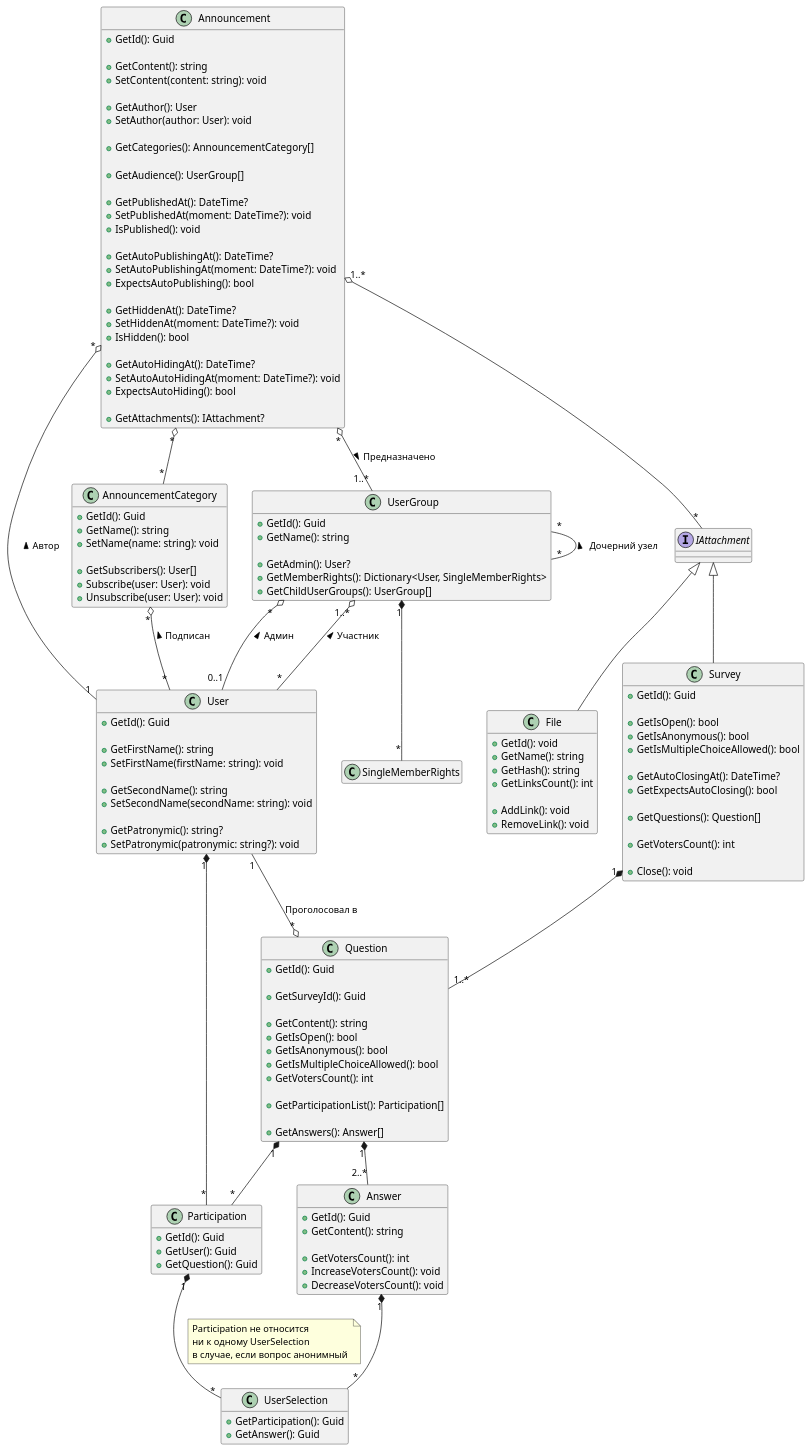
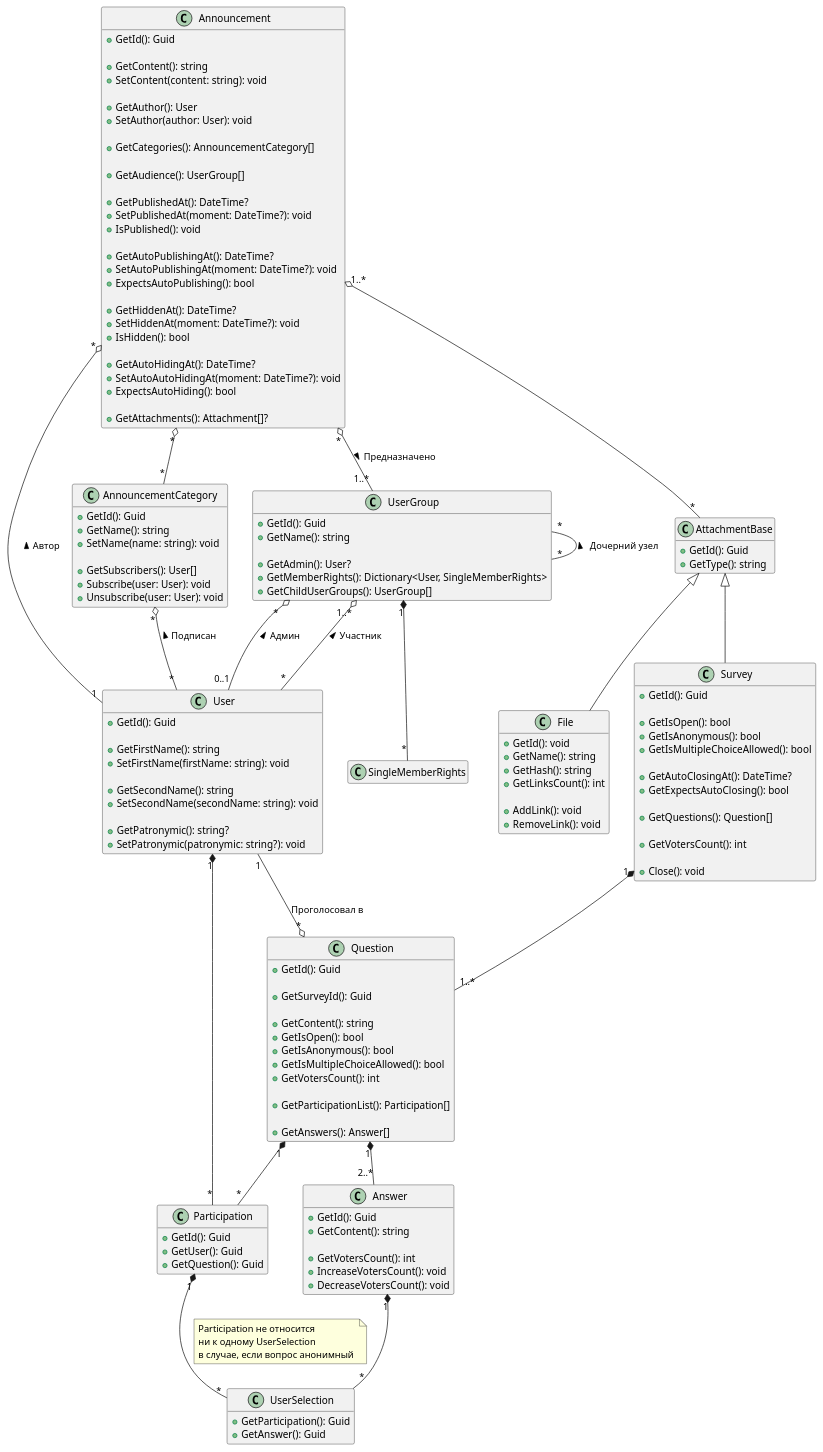
The diagram in doc/Диаграммы/class.puml (astu-app/ASTU-Bulletin-Board-Server), drawn with PlantUML before and after one commit. The commit also changed 1 other file, not shown here.

```diff
--- a/doc/Диаграммы/class.puml
+++ b/doc/Диаграммы/class.puml
@@ -1,175 +1,177 @@
 @startuml
 'https://plantuml.com/class-diagram
 
 'left to right direction
 
 class Announcement {
     + GetId(): Guid
     
     + GetContent(): string
     + SetContent(content: string): void
     
     + GetAuthor(): User
     + SetAuthor(author: User): void
     
     + GetCategories(): AnnouncementCategory[] 
     
     + GetAudience(): UserGroup[]
     
     + GetPublishedAt(): DateTime?
     + SetPublishedAt(moment: DateTime?): void
     + IsPublished(): void
     
     + GetAutoPublishingAt(): DateTime?
     + SetAutoPublishingAt(moment: DateTime?): void
     + ExpectsAutoPublishing(): bool
     
     + GetHiddenAt(): DateTime?
     + SetHiddenAt(moment: DateTime?): void
     + IsHidden(): bool
     
     + GetAutoHidingAt(): DateTime?
     + SetAutoAutoHidingAt(moment: DateTime?): void
     + ExpectsAutoHiding(): bool
     
-    + GetAttachments(): IAttachment?
+    + GetAttachments(): Attachment[]?
 }
 hide Announcement fields
 
 class AnnouncementCategory {
     + GetId(): Guid
     + GetName(): string
     + SetName(name: string): void
     
     + GetSubscribers(): User[]
     + Subscribe(user: User): void
     + Unsubscribe(user: User): void
 }
 hide AnnouncementCategory fields
 Announcement "*" o-- "*" AnnouncementCategory
 
-interface IAttachment {
-    
+class AttachmentBase {
+    + GetId(): Guid
+    + GetType(): string
 }
-Announcement "1..*" o-- "*" IAttachment
+hide AttachmentBase fields
+Announcement "1..*" o-- "*" AttachmentBase
 
-class File extends IAttachment {
+class File extends AttachmentBase {
     + GetId(): void
     + GetName(): string    
     + GetHash(): string
     + GetLinksCount(): int
     
     + AddLink(): void
     + RemoveLink(): void
 }
 hide File fields
 
 class UserGroup {
     + GetId(): Guid
     + GetName(): string
     
     + GetAdmin(): User?
     + GetMemberRights(): Dictionary<User, SingleMemberRights>
     + GetChildUserGroups(): UserGroup[]
 }
 hide UserGroup fields
 UserGroup "*" -- "*" UserGroup : < Дочерний узел
 Announcement "*" o-- "1..*" UserGroup : > Предназначено
 
 class SingleMemberRights {
     ' todo продумать права
 }
 hide SingleMemberRights members
 UserGroup "1" *-- "*" SingleMemberRights
 
 class User {
     + GetId(): Guid
     
     + GetFirstName(): string
     + SetFirstName(firstName: string): void
     
     + GetSecondName(): string
     + SetSecondName(secondName: string): void
     
     + GetPatronymic(): string?
     + SetPatronymic(patronymic: string?): void
 }
 hide User fields
 UserGroup "*" o-- "0..1" User : < Админ
 UserGroup "1..*" o-- "*" User : < Участник
 Announcement "*" o-- "1" User : < Автор
 AnnouncementCategory "*" o-- "*" User : < Подписан
 
-class Survey extends IAttachment {
+class Survey extends AttachmentBase {
      + GetId(): Guid
      
      + GetIsOpen(): bool
      + GetIsAnonymous(): bool
      + GetIsMultipleChoiceAllowed(): bool
      
      + GetAutoClosingAt(): DateTime?
      + GetExpectsAutoClosing(): bool
      
      + GetQuestions(): Question[]
      
      + GetVotersCount(): int
      
      + Close(): void
 }
 hide Survey fields
 
 class Question {
     + GetId(): Guid
     
     + GetSurveyId(): Guid
     
     + GetContent(): string
     + GetIsOpen(): bool
     + GetIsAnonymous(): bool
     + GetIsMultipleChoiceAllowed(): bool
     + GetVotersCount(): int
     
     + GetParticipationList(): Participation[]
     
     + GetAnswers(): Answer[]
 }
 hide Question fields
 User "1" --o "*" Question : Проголосовал в
 Survey "1" *-- "1..*" Question
 
 class Participation {
     + GetId(): Guid
     + GetUser(): Guid
     + GetQuestion(): Guid
 }
 hide Participation fields
 Question "1" *-- "*" Participation
 User "1" *-- "*" Participation
 
 class Answer {
     + GetId(): Guid
     + GetContent(): string
     
     + GetVotersCount(): int
     + IncreaseVotersCount(): void
     + DecreaseVotersCount(): void
 }
 hide Answer fields
 Question "1" *-- "2..*" Answer
 
 class UserSelection {
     + GetParticipation(): Guid
     + GetAnswer(): Guid
 }
 hide UserSelection fields
 Answer "1" *-- "*" UserSelection
 Participation "1" *-- "*" UserSelection
 note on link
     Participation не относится
     ни к одному UserSelection
     в случае, если вопрос анонимный 
 end note
 
 
 
 @enduml
```
